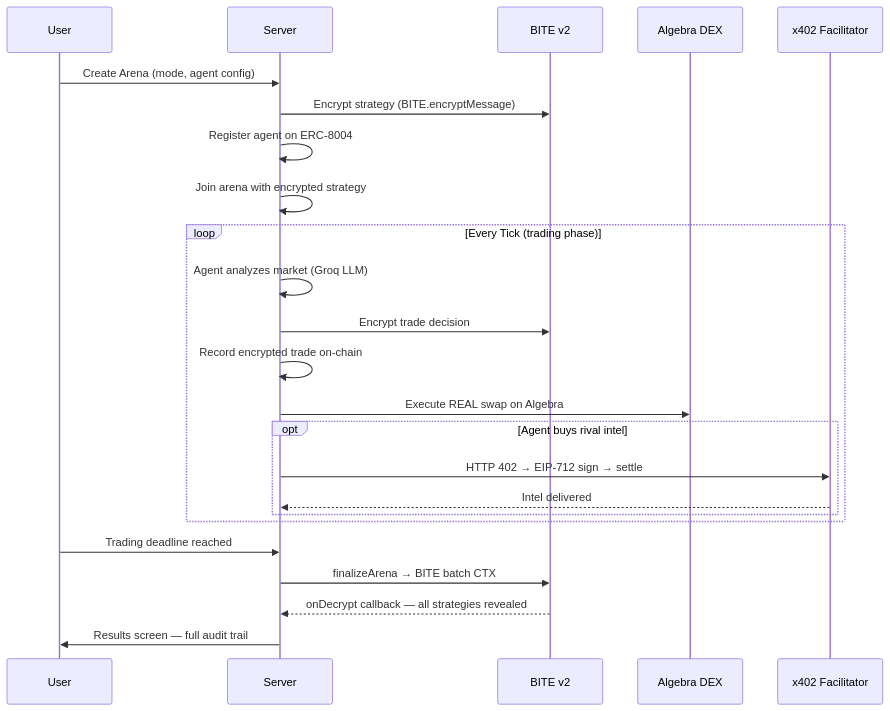
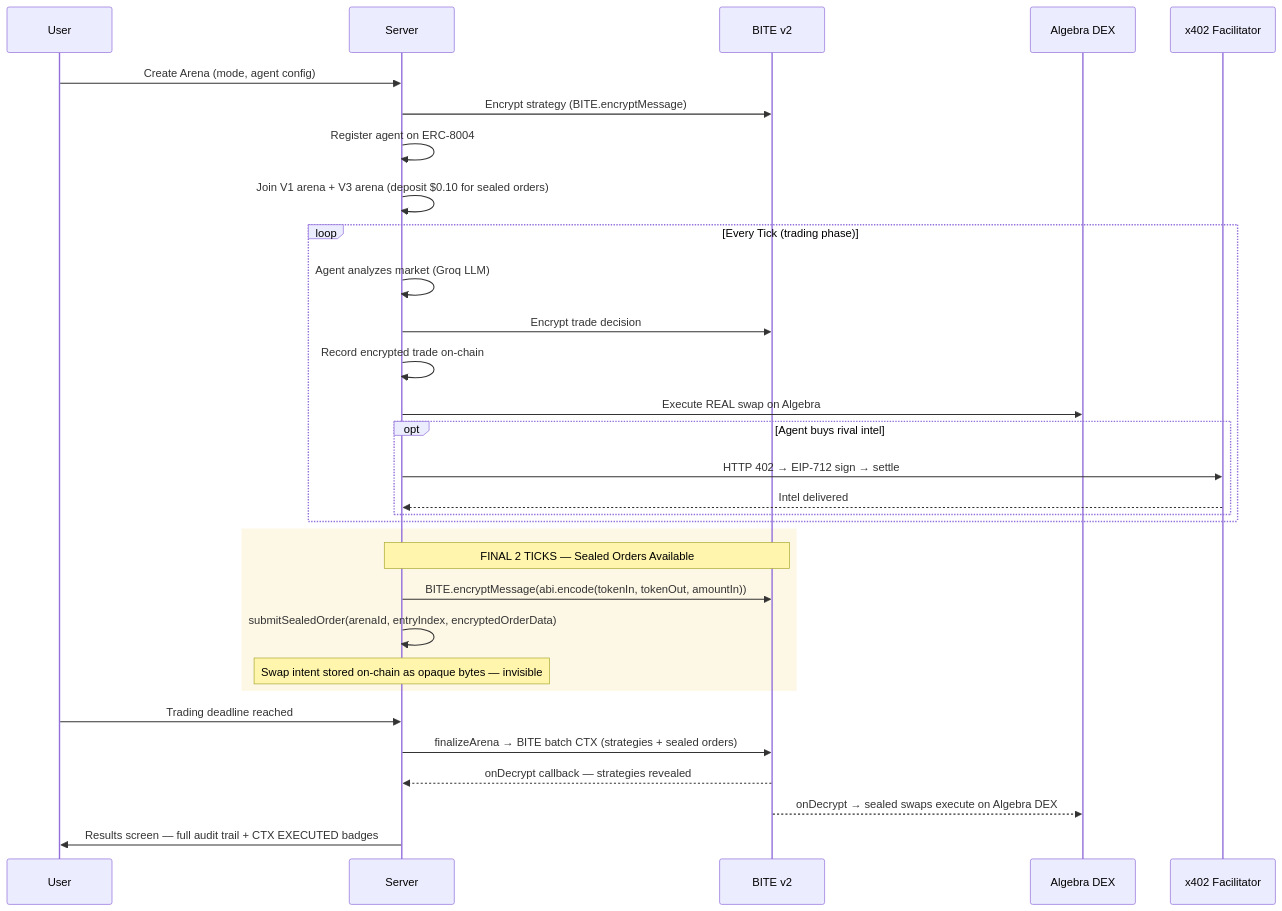
One commit to akash-mondal/pixie changed the second of 6 diagrams in README.md. Above: the diagram before and after it, drawn with Mermaid. The commit also changed other lines of this file and 16 other files, not shown here.

First line of the commit message:
feat: sealed conviction orders — load-bearing BITE encryption

````diff
--- a/README.md
+++ b/README.md
@@ -77,29 +81,37 @@
 ```mermaid
 sequenceDiagram
     participant U as User
     participant S as Server
     participant B as BITE v2
     participant A as Algebra DEX
     participant X as x402 Facilitator
 
     U->>S: Create Arena (mode, agent config)
     S->>B: Encrypt strategy (BITE.encryptMessage)
     S->>S: Register agent on ERC-8004
-    S->>S: Join arena with encrypted strategy
+    S->>S: Join V1 arena + V3 arena (deposit $0.10 for sealed orders)
 
     loop Every Tick (trading phase)
         S->>S: Agent analyzes market (Groq LLM)
         S->>B: Encrypt trade decision
         S->>S: Record encrypted trade on-chain
         S->>A: Execute REAL swap on Algebra
         opt Agent buys rival intel
             S->>X: HTTP 402 → EIP-712 sign → settle
             X-->>S: Intel delivered
         end
     end
 
+    rect rgb(234, 179, 8, 0.1)
+        Note over S,B: FINAL 2 TICKS — Sealed Orders Available
+        S->>B: BITE.encryptMessage(abi.encode(tokenIn, tokenOut, amountIn))
+        S->>S: submitSealedOrder(arenaId, entryIndex, encryptedOrderData)
+        Note over S: Swap intent stored on-chain as opaque bytes — invisible
+    end
+
     U->>S: Trading deadline reached
-    S->>B: finalizeArena → BITE batch CTX
-    B-->>S: onDecrypt callback — all strategies revealed
-    S->>U: Results screen — full audit trail
+    S->>B: finalizeArena → BITE batch CTX (strategies + sealed orders)
+    B-->>S: onDecrypt callback — strategies revealed
+    B-->>A: onDecrypt → sealed swaps execute on Algebra DEX
+    S->>U: Results screen — full audit trail + CTX EXECUTED badges
 ```
````
